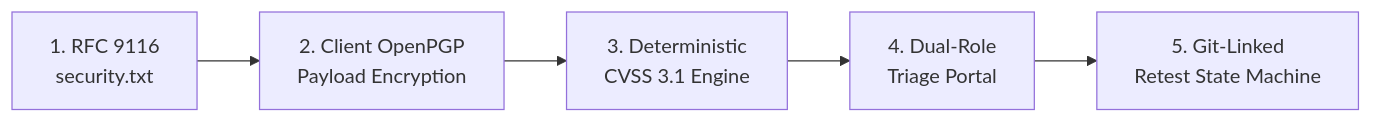
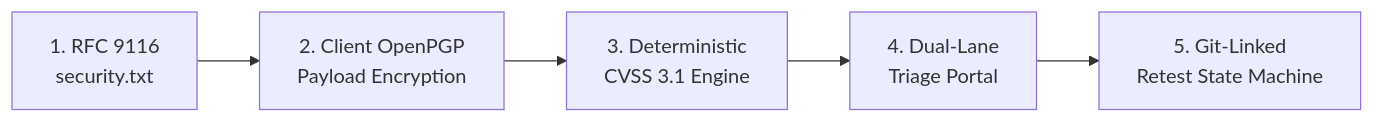
The fourth of 4 diagrams in requirements/WEEK_1_DISCOVERY_REPORT.md (Taha-Asad/BugBountyTracker), drawn with Mermaid before and after one commit. The commit also changed other lines of this file and 14 other files, not shown here.

````diff
--- a/requirements/WEEK_1_DISCOVERY_REPORT.md
+++ b/requirements/WEEK_1_DISCOVERY_REPORT.md
@@ -255,7 +224,7 @@
 ```mermaid
 flowchart LR
     F1["1. RFC 9116<br/>security.txt"] --> F2["2. Client OpenPGP<br/>Payload Encryption"]
     F2 --> F3["3. Deterministic<br/>CVSS 3.1 Engine"]
-    F3 --> F4["4. Dual-Role<br/>Triage Portal"]
+    F3 --> F4["4. Dual-Lane<br/>Triage Portal"]
     F4 --> F5["5. Git-Linked<br/>Retest State Machine"]
 ```
````
